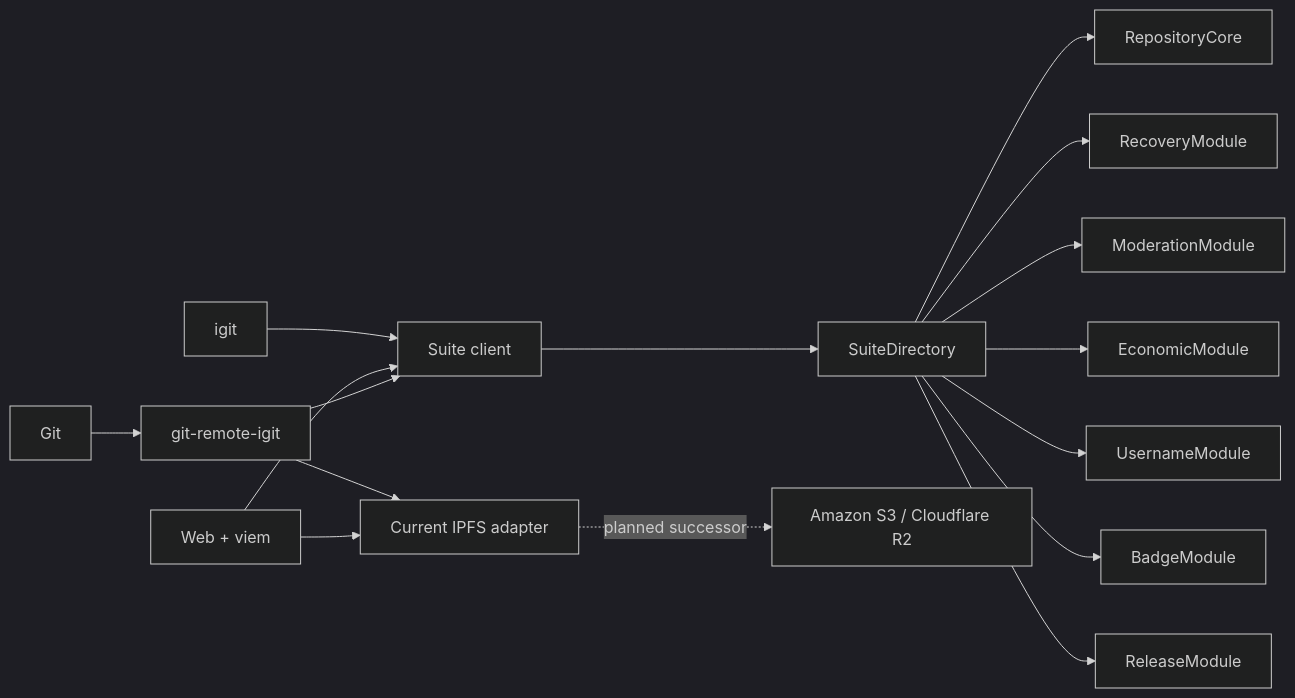
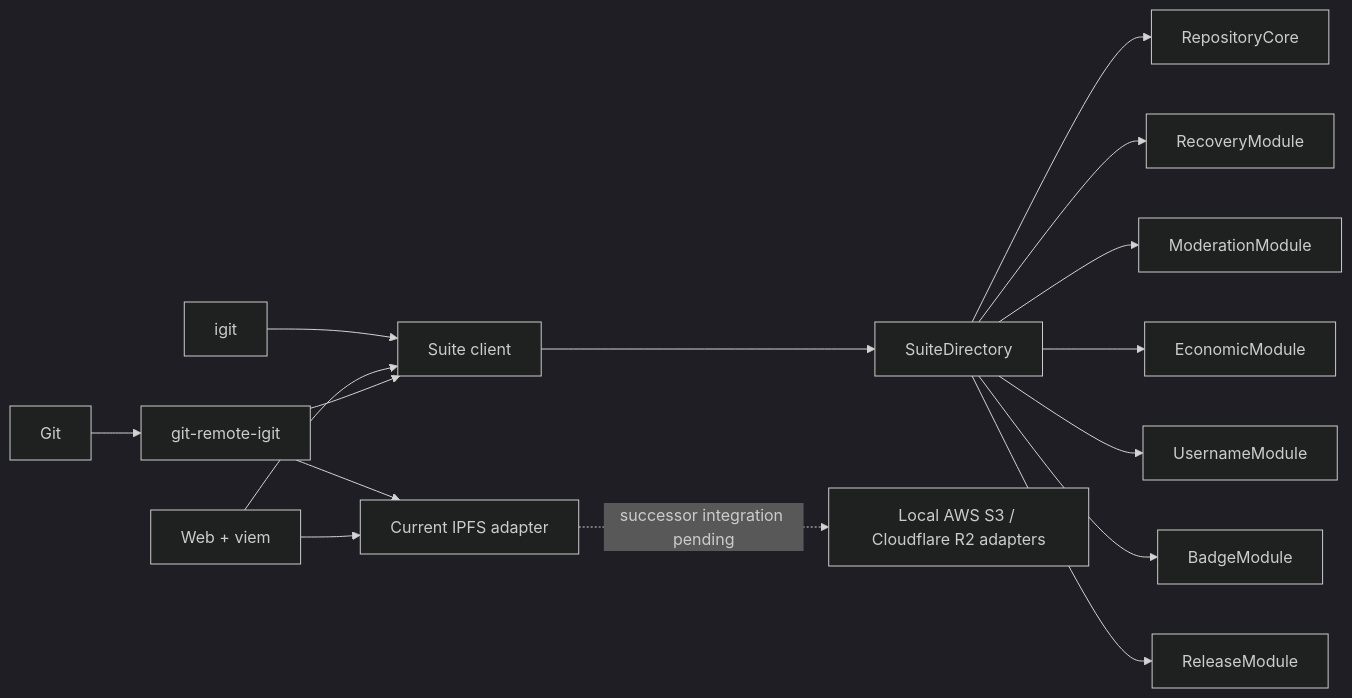
The first of 2 diagrams in docs/architecture.md (Hny0305Lin/next-injective-git), drawn with Mermaid (dark theme) before and after one commit. The commit also changed other lines of this file and 17 other files, not shown here.

````diff
--- a/docs/architecture.md
+++ b/docs/architecture.md
@@ -16,18 +26,18 @@
 ```mermaid
 flowchart LR
   Git[Git] --> Helper[git-remote-igit]
   CLI[igit] --> Client[Suite client]
   Web[Web + viem] --> Client
   Helper --> Client
   Client --> Directory[SuiteDirectory]
   Directory --> Core[RepositoryCore]
   Directory --> Recovery[RecoveryModule]
   Directory --> Moderation[ModerationModule]
   Directory --> Economic[EconomicModule]
   Directory --> Username[UsernameModule]
   Directory --> Badge[BadgeModule]
   Directory --> Release[ReleaseModule]
   Helper --> Storage[Current IPFS adapter]
   Web --> Storage
-  Storage -. planned successor .-> ObjectStorage[Amazon S3 / Cloudflare R2]
+  Storage -. successor integration pending .-> ObjectStorage[Local AWS S3 / Cloudflare R2 adapters]
 ```
````
